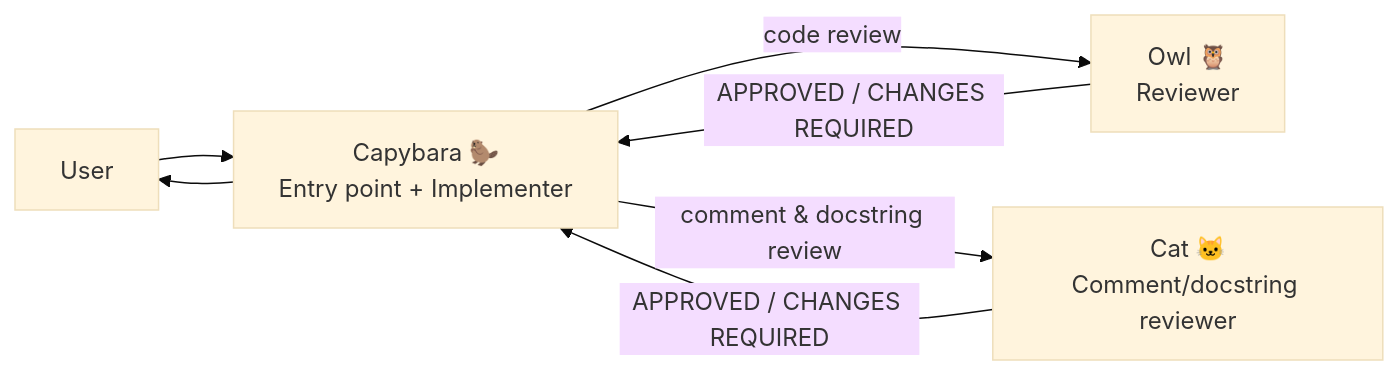
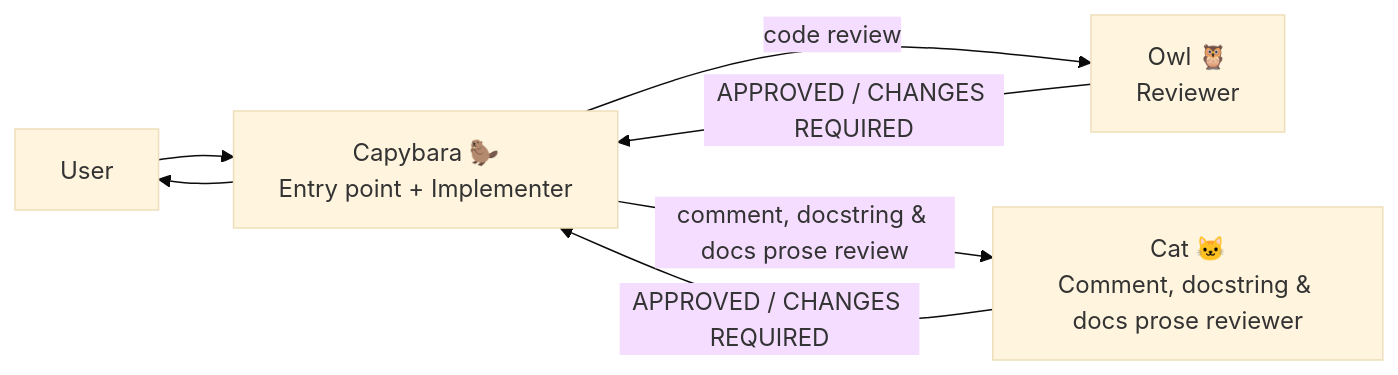
Before and after one commit to kevinkwee/github-copilot-squad-simplified: the first of 2 diagrams in README.md, drawn with Mermaid (base theme). The commit also changed other lines of this file and 10 other files, not shown here.

````diff
--- a/README.md
+++ b/README.md
@@ -43,9 +45,9 @@
 ```mermaid
 flowchart LR
   U[User] --> C[Capybara 🦫<br/>Entry point + Implementer]
   C -->|code review| O[Owl 🦉<br/>Reviewer]
   O -->|APPROVED / CHANGES REQUIRED| C
-  C -->|comment & docstring review| A[Cat 🐱<br/>Comment/docstring reviewer]
+  C -->|comment, docstring & docs prose review| A[Cat 🐱<br/>Comment, docstring & docs prose reviewer]
   A -->|APPROVED / CHANGES REQUIRED| C
   C --> U
 ```
````
